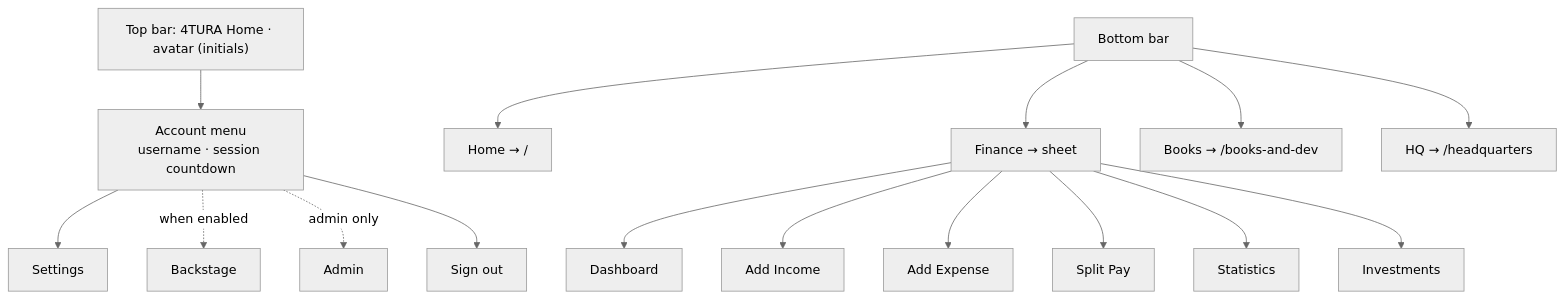
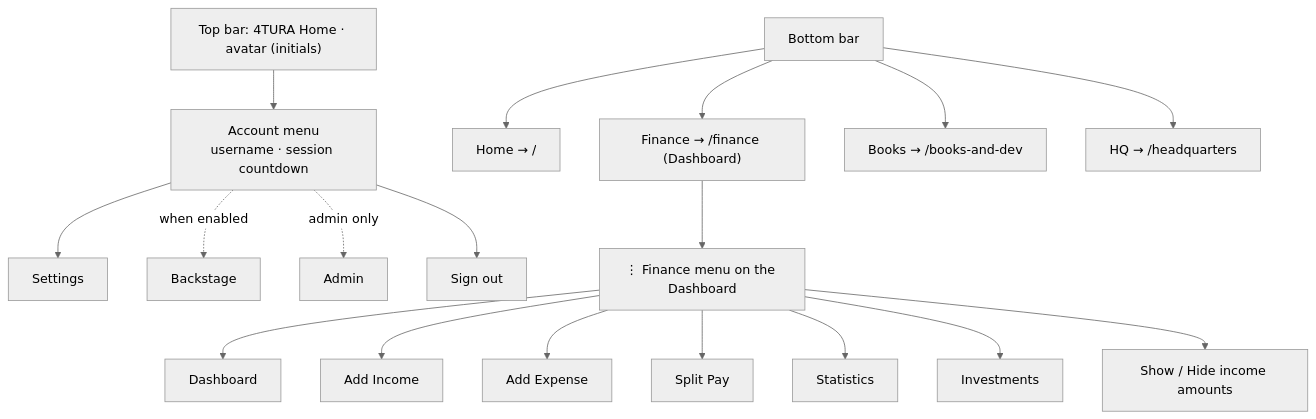
The second of 5 diagrams in README.md (mnenciulescu/Finance4Tura), drawn with Mermaid (neutral theme) before and after one commit. The commit also changed other lines of this file and 11 other files, not shown here.

First line of the commit message:
feat: Finance tab opens the Dashboard directly, no sheet

````diff
--- a/README.md
+++ b/README.md
@@ -181,16 +181,17 @@
 ```mermaid
 graph TD
     TOP["Top bar: 4TURA Home · avatar (initials)"]
     TOP --> MENU["Account menu<br/>username · session countdown"]
     MENU --> SET[Settings]
     MENU -. "when enabled" .-> BS[Backstage]
     MENU -. "admin only" .-> ADM[Admin]
     MENU --> OUT[Sign out]
 
     BAR["Bottom bar"] --> HOME["Home → /"]
-    BAR --> FIN["Finance → sheet"]
+    BAR --> FIN["Finance → /finance (Dashboard)"]
     BAR --> EVO["Books → /books-and-dev"]
     BAR --> HQ["HQ → /headquarters"]
 
-    FIN --> D[Dashboard] & AI[Add Income] & AE[Add Expense] & SP[Split Pay] & ST[Statistics] & INV[Investments]
+    FIN --> FM["⋮ Finance menu on the Dashboard"]
+    FM --> D[Dashboard] & AI[Add Income] & AE[Add Expense] & SP[Split Pay] & ST[Statistics] & INV[Investments] & PRIV[Show / Hide income amounts]
 ```
````
